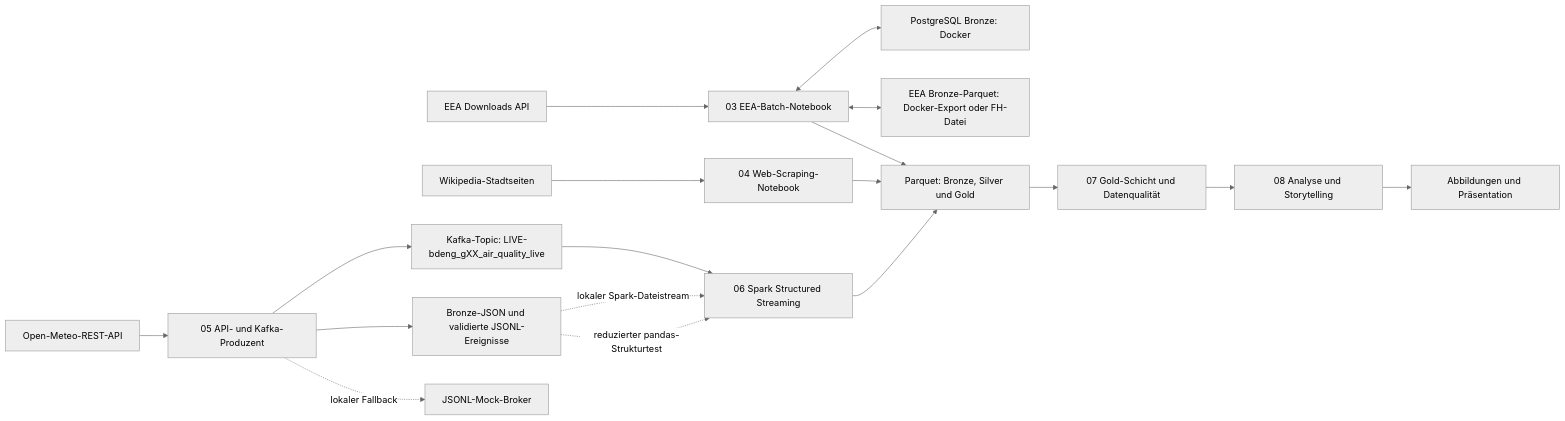
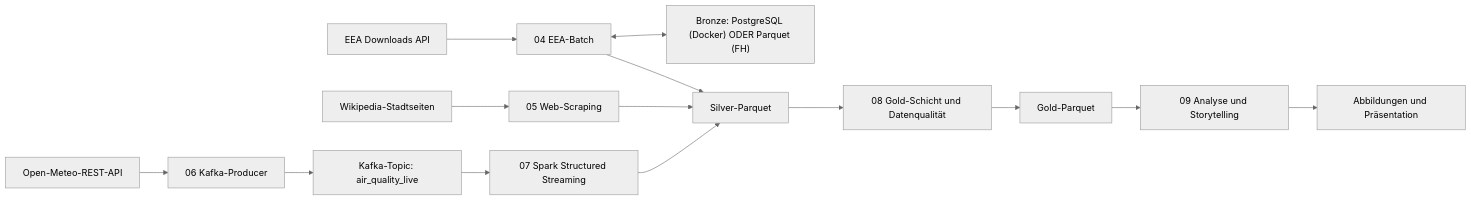
Before and after one commit to OnlyMajorG/euro-air-quality-pipeline: the diagram in docs/diagrams/architecture.mmd, drawn with Mermaid (neutral theme). The commit also changed 53 other files, not shown here.

```diff
--- a/docs/diagrams/architecture.mmd
+++ b/docs/diagrams/architecture.mmd
@@ -1,18 +1,14 @@
 flowchart LR
-    EEA["EEA Downloads API"] --> N03["03 EEA-Batch-Notebook"]
-    N03 <--> PG["PostgreSQL Bronze: Docker"]
-    N03 <--> EEA_PARQUET["EEA Bronze-Parquet: Docker-Export oder FH-Datei"]
-    WIKI["Wikipedia-Stadtseiten"] --> N04["04 Web-Scraping-Notebook"]
-    API["Open-Meteo-REST-API"] --> N05["05 API- und Kafka-Produzent"]
-    N05 --> RAW["Bronze-JSON und validierte JSONL-Ereignisse"]
-    N05 --> KAFKA["Kafka-Topic: LIVE-bdeng_gXX_air_quality_live"]
-    N05 -. "lokaler Fallback" .-> MOCK["JSONL-Mock-Broker"]
-    KAFKA --> N06["06 Spark Structured Streaming"]
-    RAW -. "lokaler Spark-Dateistream" .-> N06
-    RAW -. "reduzierter pandas-Strukturtest" .-> N06
-    N03 --> PARQUET["Parquet: Bronze, Silver und Gold"]
-    N04 --> PARQUET
-    N06 --> PARQUET
-    PARQUET --> N07["07 Gold-Schicht und Datenqualität"]
-    N07 --> N08["08 Analyse und Storytelling"]
-    N08 --> PRES["Abbildungen und Präsentation"]
+    EEA["EEA Downloads API"] --> N04["04 EEA-Batch"]
+    N04 <--> PG["Bronze: PostgreSQL (Docker) ODER Parquet (FH)"]
+    WIKI["Wikipedia-Stadtseiten"] --> N05["05 Web-Scraping"]
+    API["Open-Meteo-REST-API"] --> N06["06 Kafka-Producer"]
+    N06 --> KAFKA["Kafka-Topic: air_quality_live"]
+    KAFKA --> N07["07 Spark Structured Streaming"]
+    N04 --> SILVER["Silver-Parquet"]
+    N05 --> SILVER
+    N07 --> SILVER
+    SILVER --> N08["08 Gold-Schicht und Datenqualität"]
+    N08 --> GOLD["Gold-Parquet"]
+    GOLD --> N09["09 Analyse und Storytelling"]
+    N09 --> PRES["Abbildungen und Präsentation"]
```
